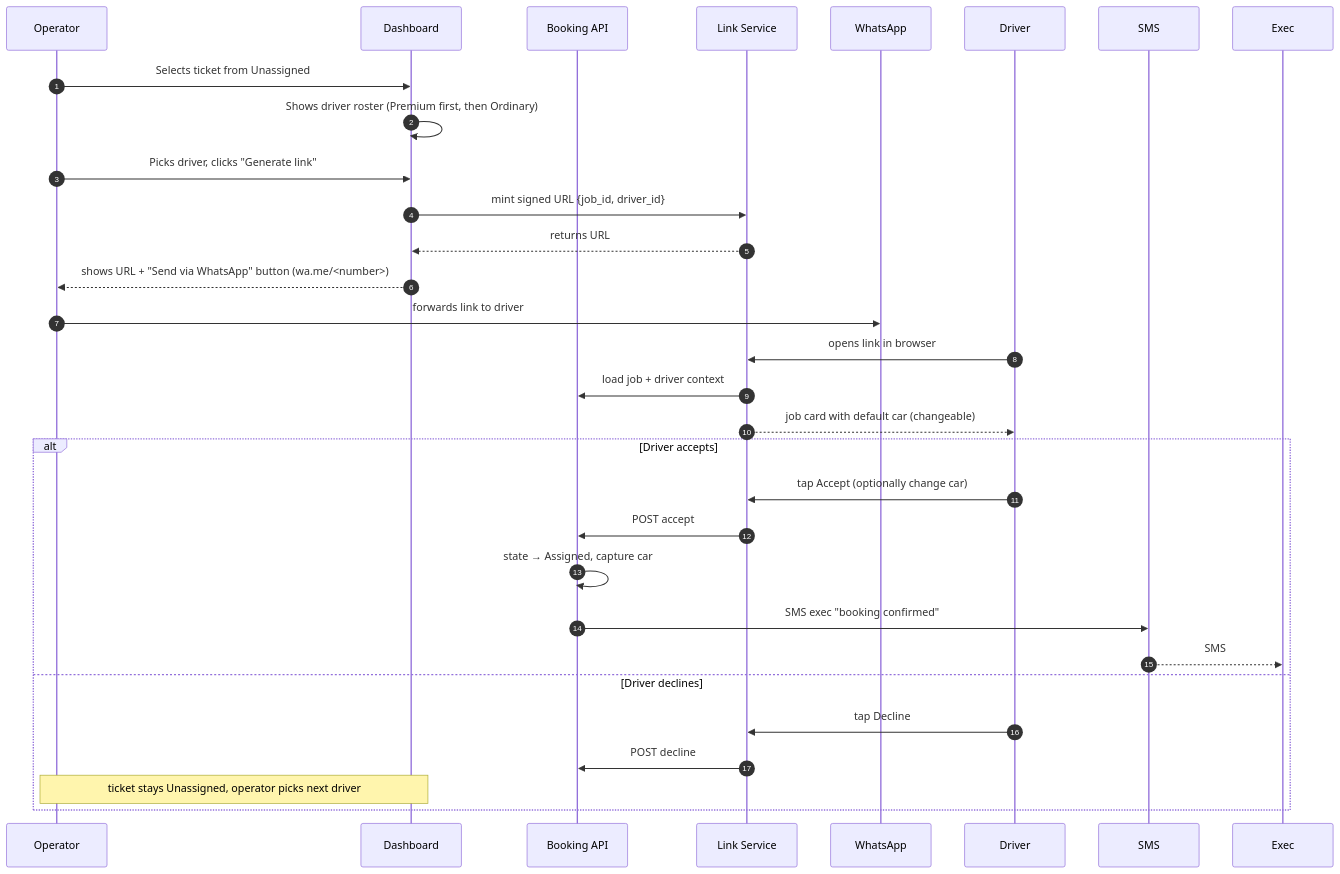
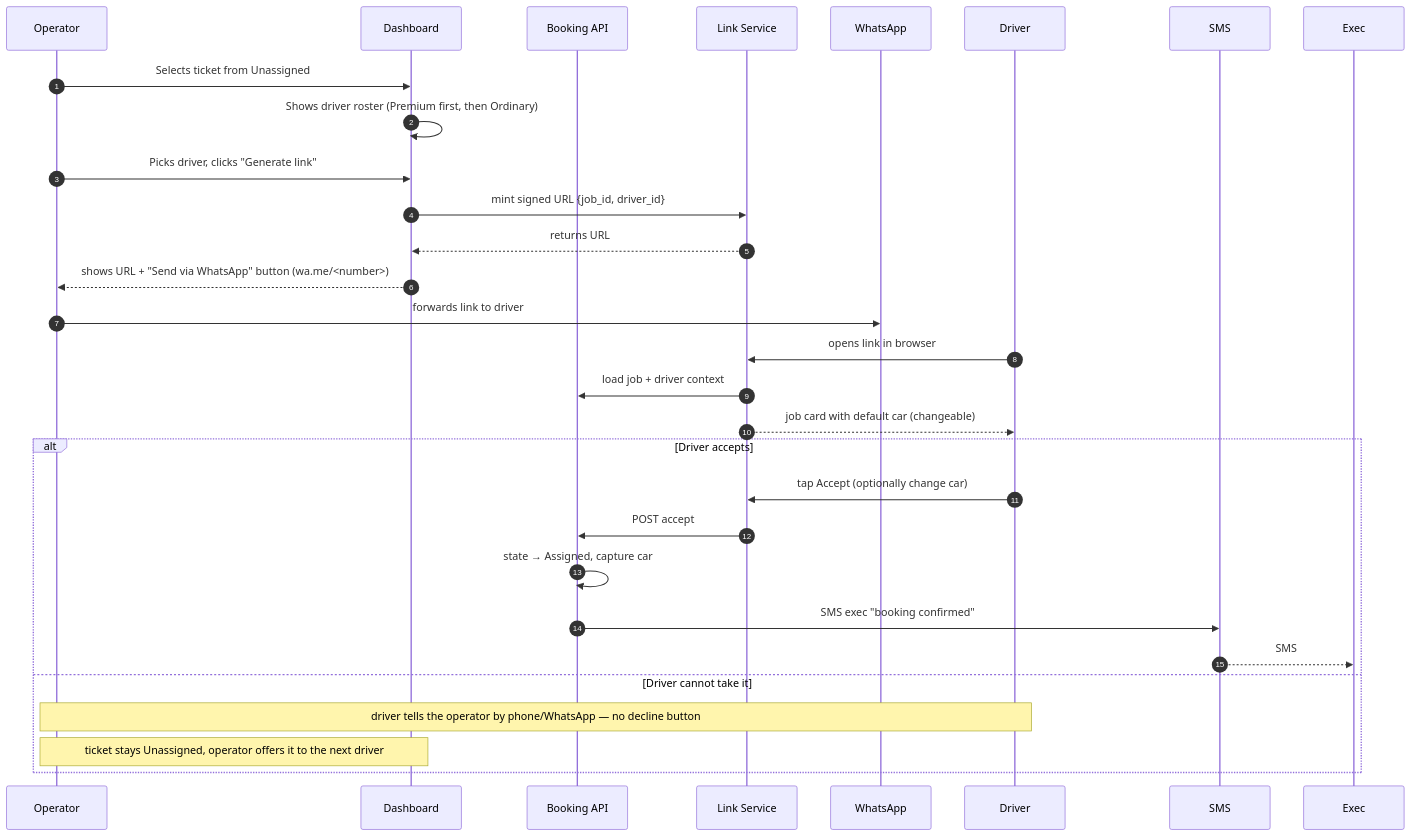
One commit to DeveloperYK/chauffeur-mvp changed the third of 5 diagrams in DESIGN.md. Above: the diagram before and after it, drawn with Mermaid. The commit also changed other lines of this file and 10 other files, not shown here.

First line of the commit message:
feat(dispatch): remove the driver's Decline option — accept is the only action (#251)

````diff
--- a/DESIGN.md
+++ b/DESIGN.md
@@ -156,36 +156,35 @@
 ```mermaid
 sequenceDiagram
   autonumber
   participant O as Operator
   participant D as Dashboard
   participant API as Booking API
   participant L as Link Service
   participant W as WhatsApp
   participant Dr as Driver
   participant N as SMS
   participant E as Exec
 
   O->>D: Selects ticket from Unassigned
   D->>D: Shows driver roster (Premium first, then Ordinary)
   O->>D: Picks driver, clicks "Generate link"
   D->>L: mint signed URL {job_id, driver_id}
   L-->>D: returns URL
   D-->>O: shows URL + "Send via WhatsApp" button (wa.me/<number>)
   O->>W: forwards link to driver
 
   Dr->>L: opens link in browser
   L->>API: load job + driver context
   L-->>Dr: job card with default car (changeable)
 
   alt Driver accepts
     Dr->>L: tap Accept (optionally change car)
     L->>API: POST accept
     API->>API: state → Assigned, capture car
     API->>N: SMS exec "booking confirmed"
     N-->>E: SMS
-  else Driver declines
-    Dr->>L: tap Decline
-    L->>API: POST decline
-    Note over O,D: ticket stays Unassigned, operator picks next driver
+  else Driver cannot take it
+    Note over Dr,O: driver tells the operator by phone/WhatsApp — no decline button;
+    Note over O,D: ticket stays Unassigned, operator offers it to the next driver
   end
 ```
````
